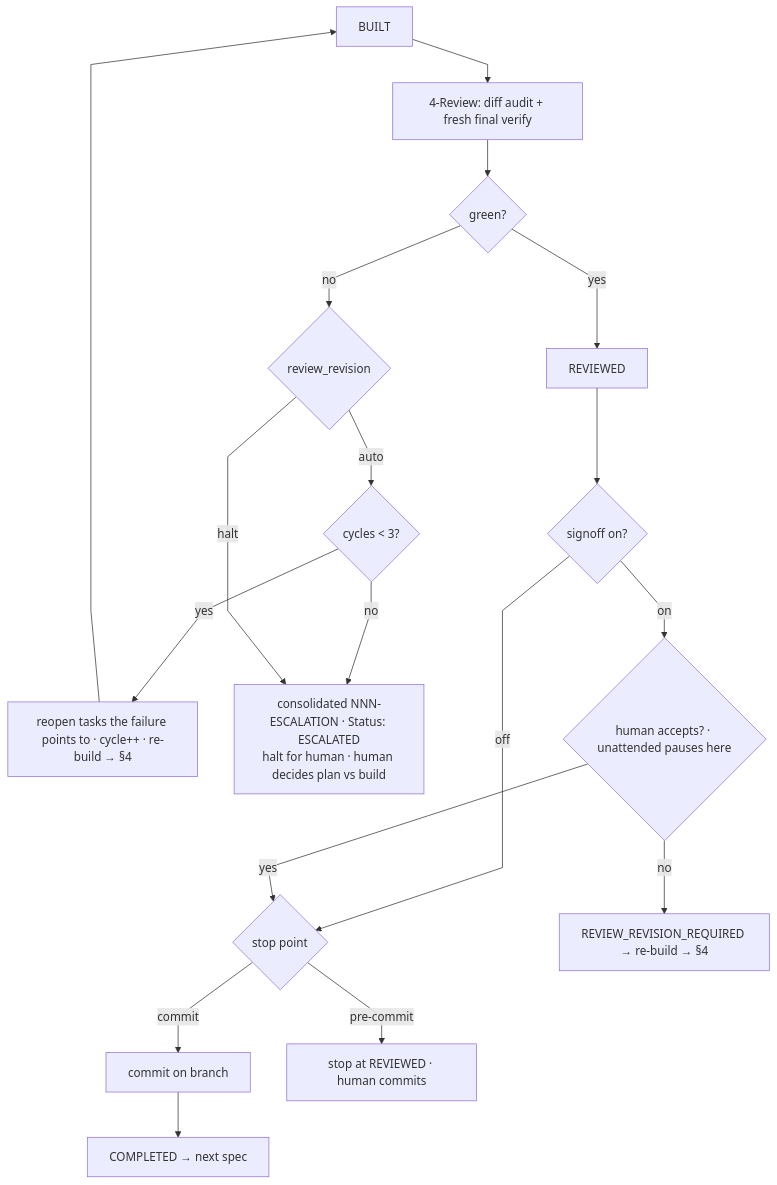
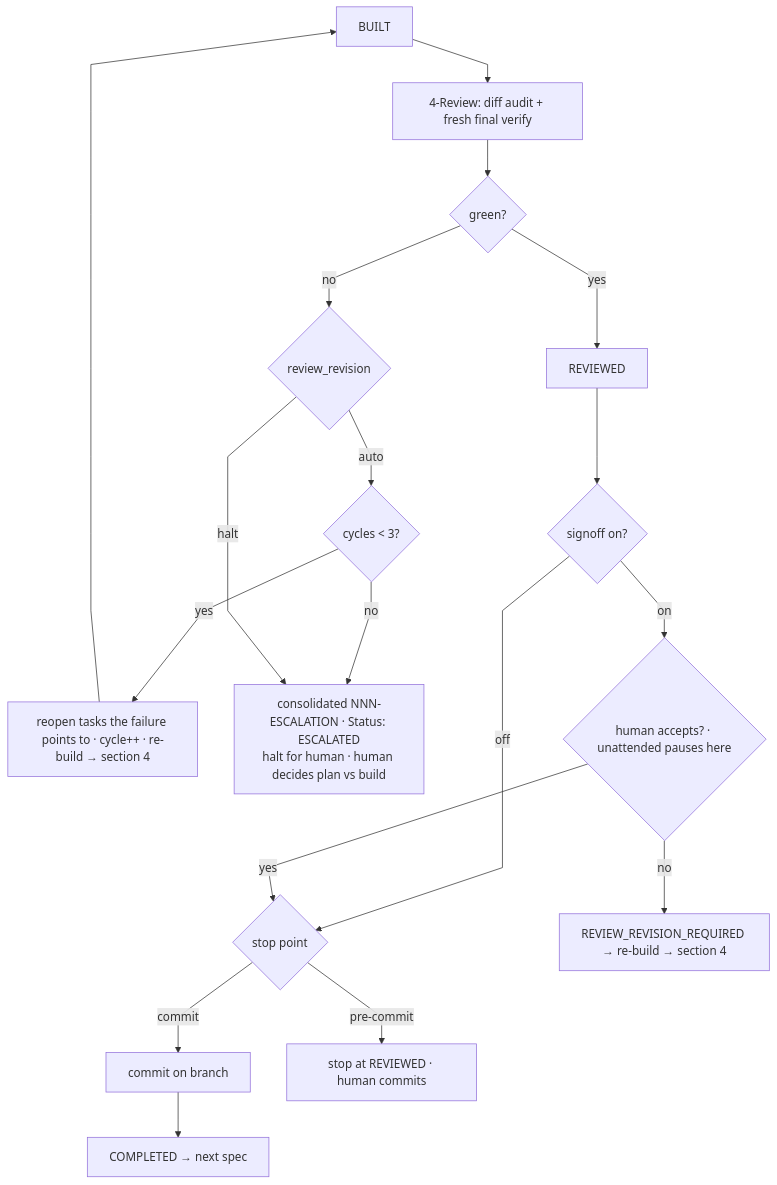
Before and after one commit to sinhaaritro/dev-agent: the fourth of 5 diagrams in specs/002-flow-design.md, drawn with Mermaid. The commit also changed other lines of this file and 75 other files, not shown here.

````diff
--- a/specs/002-flow-design.md
+++ b/specs/002-flow-design.md
@@ -201,20 +201,20 @@
 ```mermaid
 %%{init: {"flowchart": {"curve": "linear"}}}%%
 flowchart TD
     B[BUILT] --> R[4-Review: diff audit + fresh final verify]
     R --> Q{green?}
     Q -- no --> RR{review_revision}
     RR -- auto --> RC{cycles < 3?}
-    RC -- yes --> RB[reopen tasks the failure points to · cycle++ · re-build → §4]
+    RC -- yes --> RB[reopen tasks the failure points to · cycle++ · re-build → section 4]
     RB --> B
     RC -- no --> PL[consolidated NNN-ESCALATION · Status: ESCALATED<br/>halt for human · human decides plan vs build]
     RR -- halt --> PL
     Q -- yes --> RV[REVIEWED]
     RV --> G45{signoff on?}
     G45 -- off --> SP{stop point}
     G45 -- on --> PS{human accepts? · unattended pauses here}
-    PS -- no --> RREV[REVIEW_REVISION_REQUIRED → re-build → §4]
+    PS -- no --> RREV[REVIEW_REVISION_REQUIRED → re-build → section 4]
     PS -- yes --> SP
     SP -- commit --> CMT[commit on branch] --> DONE[COMPLETED → next spec]
     SP -- pre-commit --> HOLD[stop at REVIEWED · human commits]
 ```
````
